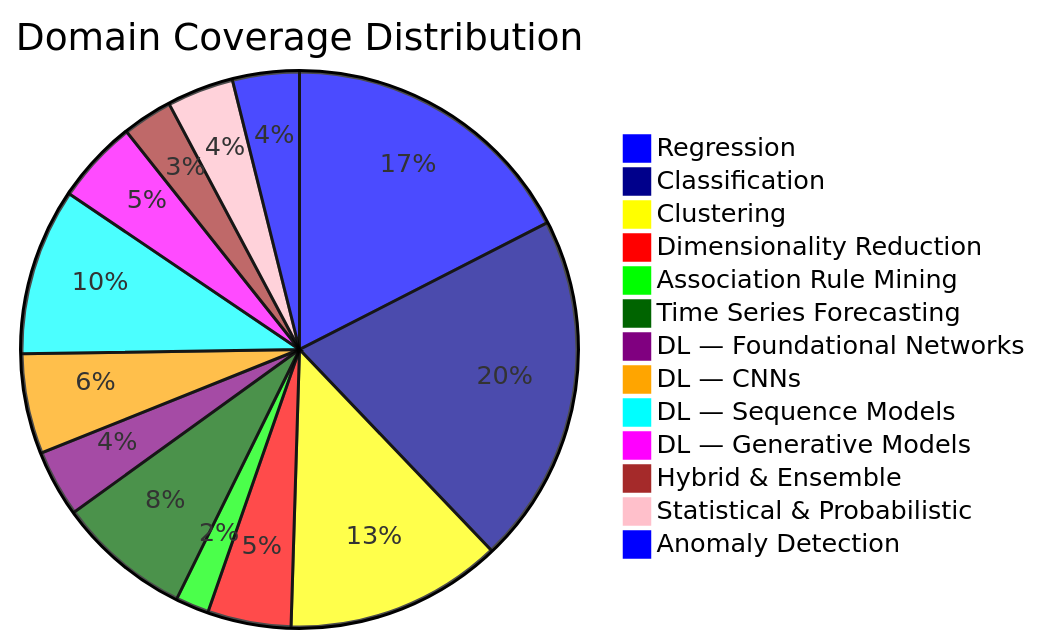
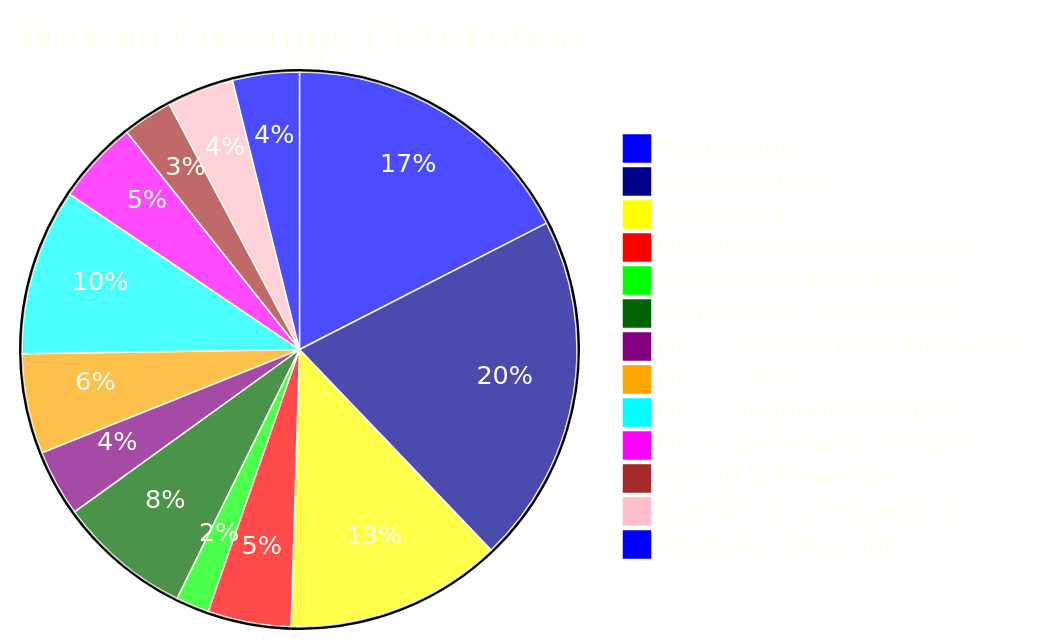
The diagram in README.md (AnshumanJ28/Janex-readme), drawn with Mermaid before and after one commit.

Commit message:
Set pie chart text color to ivory for readability

````diff
--- a/README.md
+++ b/README.md
@@ -54,17 +54,17 @@
 ```mermaid
-%%{init: {"theme": "default", "themeVariables": {"pie1": "#0000FF", "pie2": "#00008B", "pie3": "#FFFF00", "pie4": "#FF0000", "pie5": "#00FF00", "pie6": "#006400", "pie7": "#800080", "pie8": "#FFA500", "pie9": "#00FFFF", "pie10": "#FF00FF", "pie11": "#A52A2A", "pie12": "#FFC0CB"}}}%%
+%%{init: {"theme": "base", "themeVariables": {"pie1": "#0000FF", "pie2": "#00008B", "pie3": "#FFFF00", "pie4": "#FF0000", "pie5": "#00FF00", "pie6": "#006400", "pie7": "#800080", "pie8": "#FFA500", "pie9": "#00FFFF", "pie10": "#FF00FF", "pie11": "#A52A2A", "pie12": "#FFC0CB", "primaryTextColor": "#FFFFF0", "pieTitleTextColor": "#FFFFF0", "pieLegendTextColor": "#FFFFF0", "pieSectionTextColor": "#FFFFF0", "pieStrokeColor": "#FFFFF0", "pieStrokeWidth": "1px"}}}%%
 pie title Domain Coverage Distribution
     "Regression" : 18
     "Classification" : 21
     "Clustering" : 13
     "Dimensionality Reduction" : 5
     "Association Rule Mining" : 2
     "Time Series Forecasting" : 8
     "DL — Foundational Networks" : 4
     "DL — CNNs" : 6
     "DL — Sequence Models" : 10
     "DL — Generative Models" : 5
     "Hybrid & Ensemble" : 3
     "Statistical & Probabilistic" : 4
     "Anomaly Detection" : 4
 ```
````
